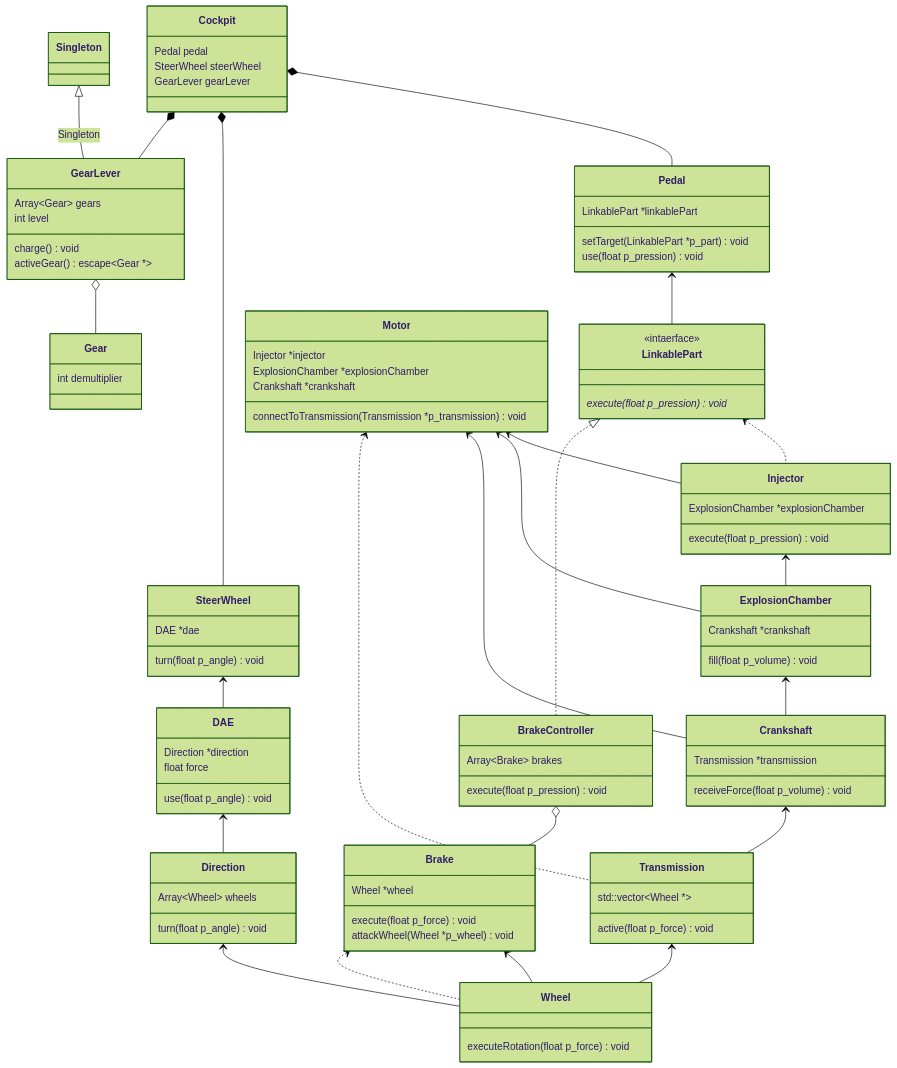
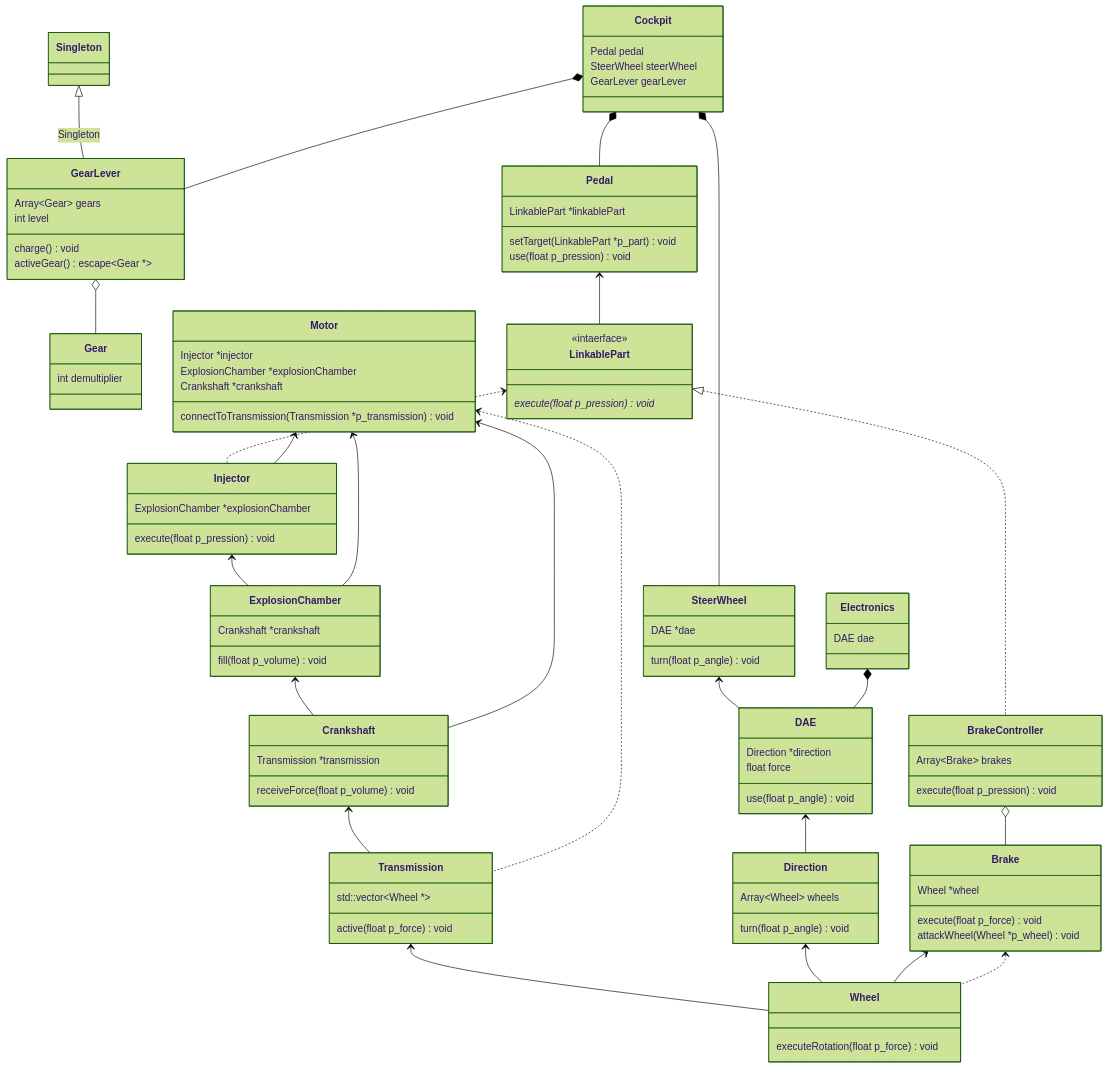
Before and after one commit to PalmNeko/piscine-object02-UML: the diagram in subject.md, drawn with Mermaid (forest theme).

Commit message:
add: Electronics

````diff
--- a/subject.md
+++ b/subject.md
@@ -37,6 +37,8 @@
     Cockpit *--Pedal
     Cockpit *--SteerWheel
     Cockpit *--GearLever
+
+    Electronics *-- DAE
 
     class LinkablePart {
         <<intaerface>>
@@ -127,4 +129,8 @@
         SteerWheel steerWheel
         GearLever gearLever
     }
+
+    class Electronics {
+        DAE dae
+    }
 ```
````
